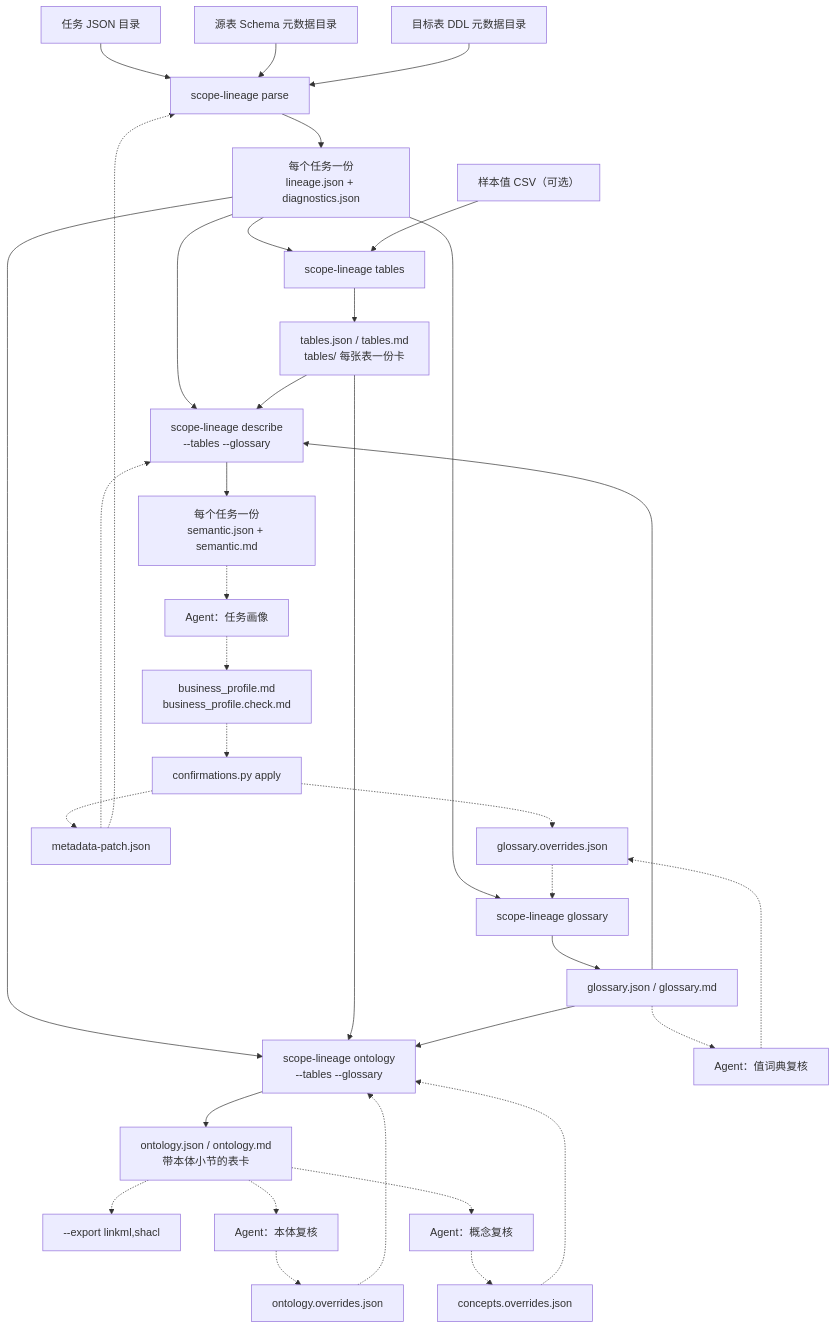
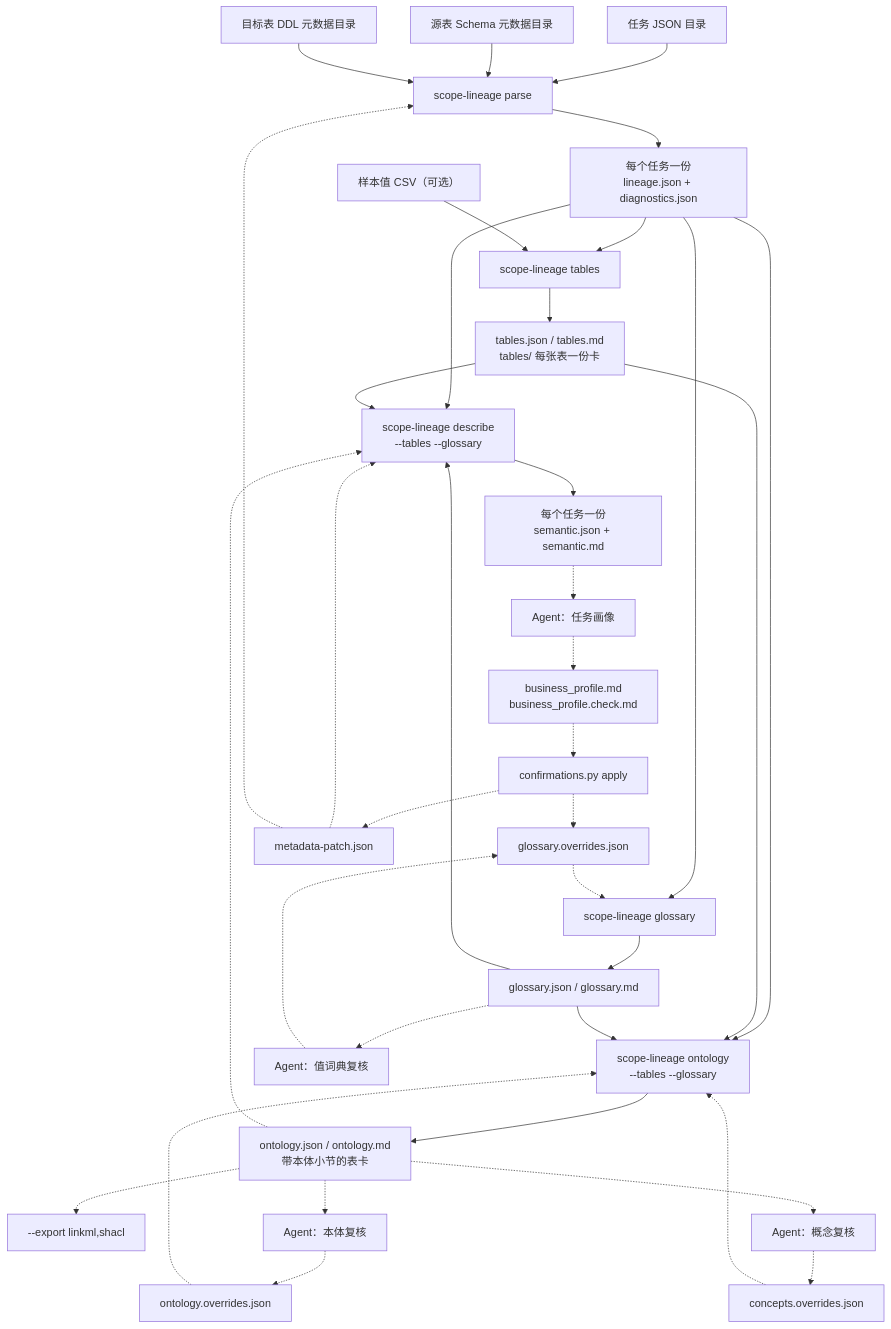
Before and after one commit to realyin/scope-lineage: the diagram in docs/zh-CN/workflow.md, drawn with Mermaid. The commit also changed other lines of this file and 10 other files, not shown here.

````diff
--- a/docs/zh-CN/workflow.md
+++ b/docs/zh-CN/workflow.md
@@ -13,43 +13,44 @@
 ```mermaid
 flowchart TD
     IN_TASK["任务 JSON 目录"] --> PARSE
     IN_SCHEMA["源表 Schema 元数据目录"] --> PARSE
     IN_DDL["目标表 DDL 元数据目录"] --> PARSE
     PARSE["scope-lineage parse"] --> FACTS["每个任务一份<br/>lineage.json + diagnostics.json"]
 
     FACTS --> TABLES["scope-lineage tables"]
     FACTS --> GLOSSARY["scope-lineage glossary"]
     IN_SAMPLES["样本值 CSV（可选）"] --> TABLES
     TABLES --> CARDS["tables.json / tables.md<br/>tables/ 每张表一份卡"]
     GLOSSARY --> DICT["glossary.json / glossary.md"]
 
     FACTS --> DESCRIBE["scope-lineage describe<br/>--tables --glossary"]
     CARDS --> DESCRIBE
     DICT --> DESCRIBE
     DESCRIBE --> SEMANTIC["每个任务一份<br/>semantic.json + semantic.md"]
 
     FACTS --> ONTOLOGY["scope-lineage ontology<br/>--tables --glossary"]
     CARDS --> ONTOLOGY
     DICT --> ONTOLOGY
     ONTOLOGY --> ONTO_OUT["ontology.json / ontology.md<br/>带本体小节的表卡"]
     ONTO_OUT -.-> EXPORT["--export linkml,shacl"]
+    ONTO_OUT -.-> DESCRIBE
 
     SEMANTIC -.-> AGENT_PROFILE["Agent：任务画像"]
     AGENT_PROFILE -.-> PROFILE_MD["business_profile.md<br/>business_profile.check.md"]
     PROFILE_MD -.-> APPLY["confirmations.py apply"]
     APPLY -.-> G_OVR["glossary.overrides.json"]
     APPLY -.-> PATCH["metadata-patch.json"]
 
     DICT -.-> AGENT_GLOSSARY["Agent：值词典复核"]
     AGENT_GLOSSARY -.-> G_OVR
     ONTO_OUT -.-> AGENT_ONTOLOGY["Agent：本体复核"]
     AGENT_ONTOLOGY -.-> O_OVR["ontology.overrides.json"]
     ONTO_OUT -.-> AGENT_CONCEPT["Agent：概念复核"]
     AGENT_CONCEPT -.-> C_OVR["concepts.overrides.json"]
 
     G_OVR -.-> GLOSSARY
     O_OVR -.-> ONTOLOGY
     C_OVR -.-> ONTOLOGY
     PATCH -.-> DESCRIBE
     PATCH -.-> PARSE
 ```
````
